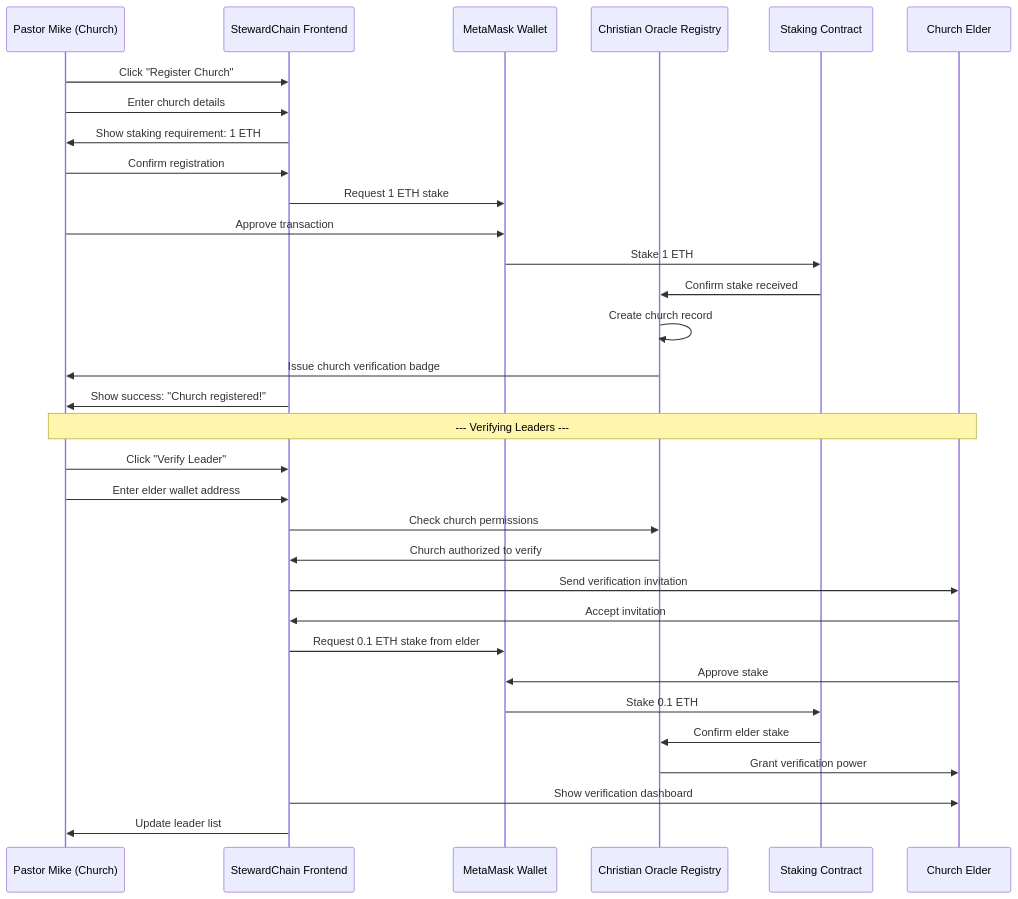
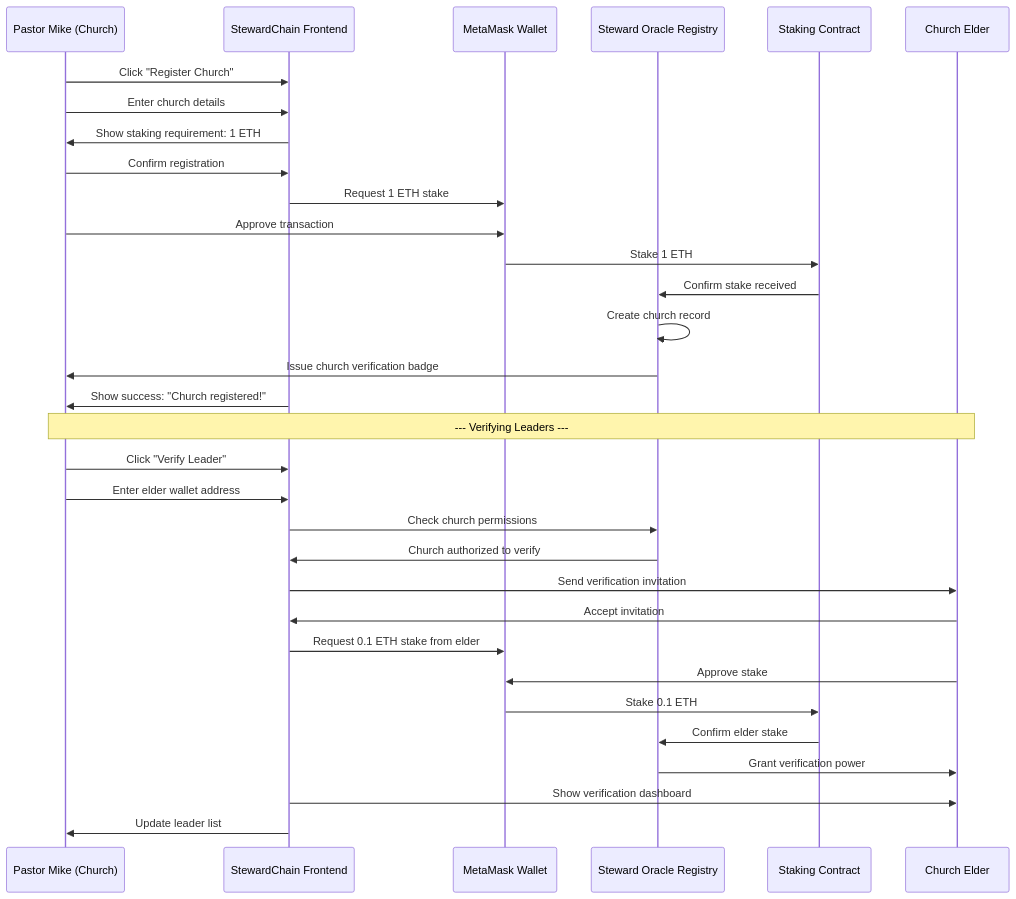
The eighth of 8 diagrams in TEAM_BRIEFING.md (e3o8o/trig-hackathon), drawn with Mermaid before and after one commit. The commit also changed other lines of this file and 5 other files, not shown here.

First line of the commit message:
Complete rename: All remaining 'Christian' to 'Steward' references

````diff
--- a/TEAM_BRIEFING.md
+++ b/TEAM_BRIEFING.md
@@ -415,46 +415,46 @@
 ```mermaid
 sequenceDiagram
     participant Church as Pastor Mike (Church)
     participant UI as StewardChain Frontend
     participant Wallet as MetaMask Wallet
-    participant Registry as Christian Oracle Registry
+    participant Registry as Steward Oracle Registry
     participant Staking as Staking Contract
     participant Elder as Church Elder
     
     Church->>UI: Click "Register Church"
     Church->>UI: Enter church details
     
     UI->>Church: Show staking requirement: 1 ETH
     Church->>UI: Confirm registration
     
     UI->>Wallet: Request 1 ETH stake
     Church->>Wallet: Approve transaction
     
     Wallet->>Staking: Stake 1 ETH
     Staking->>Registry: Confirm stake received
     Registry->>Registry: Create church record
     Registry->>Church: Issue church verification badge
     
     UI->>Church: Show success: "Church registered!"
     
     Note over Church,Elder: --- Verifying Leaders ---
     
     Church->>UI: Click "Verify Leader"
     Church->>UI: Enter elder wallet address
     
     UI->>Registry: Check church permissions
     Registry->>UI: Church authorized to verify
     
     UI->>Elder: Send verification invitation
     Elder->>UI: Accept invitation
     
     UI->>Wallet: Request 0.1 ETH stake from elder
     Elder->>Wallet: Approve stake
     
     Wallet->>Staking: Stake 0.1 ETH
     Staking->>Registry: Confirm elder stake
     Registry->>Elder: Grant verification power
     
     UI->>Elder: Show verification dashboard
     UI->>Church: Update leader list
 ```
````
